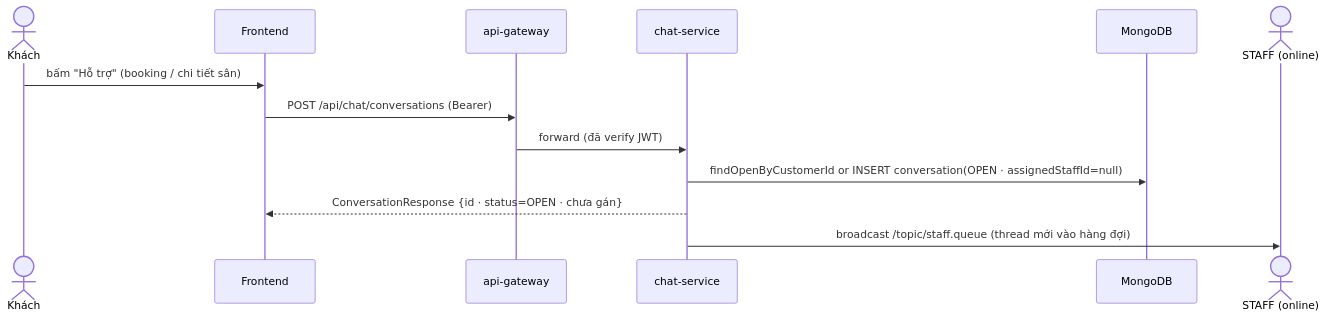
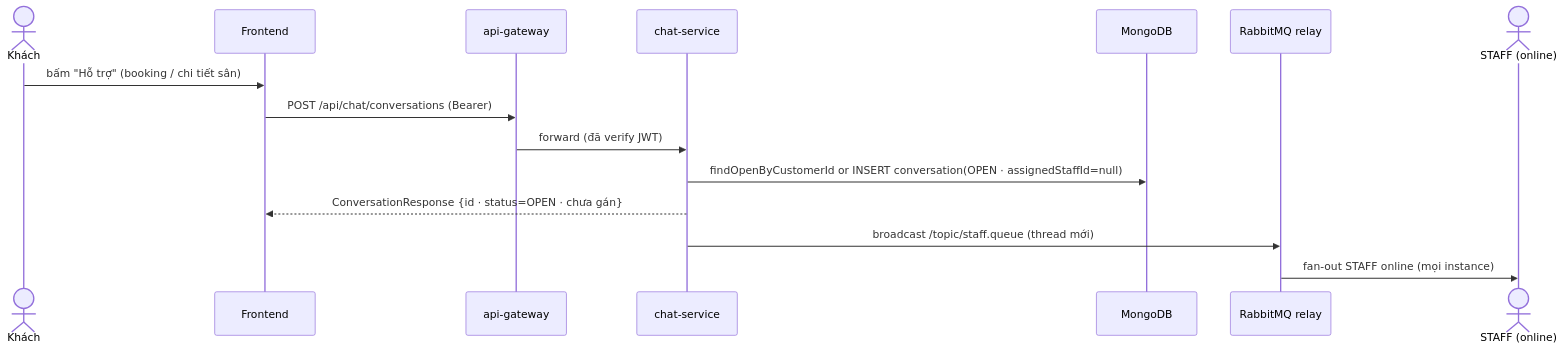
The second of 6 diagrams in UC_Chatting.md (phucgigital03/BadmintonHub), drawn with Mermaid before and after one commit. The commit also changed other lines of this file and 1 other file, not shown here.

````diff
--- a/UC_Chatting.md
+++ b/UC_Chatting.md
@@ -181,16 +140,18 @@
 ```mermaid
 sequenceDiagram
     actor C as Khách
     participant FE as Frontend
     participant GW as api-gateway
     participant CH as chat-service
     participant DB as MongoDB
+    participant MQ as RabbitMQ relay
     actor S as STAFF (online)
 
     C->>FE: bấm "Hỗ trợ" (booking / chi tiết sân)
     FE->>GW: POST /api/chat/conversations (Bearer)
     GW->>CH: forward (đã verify JWT)
     CH->>DB: findOpenByCustomerId or INSERT conversation(OPEN · assignedStaffId=null)
     CH-->>FE: ConversationResponse {id · status=OPEN · chưa gán}
-    CH->>S: broadcast /topic/staff.queue (thread mới vào hàng đợi)
+    CH->>MQ: broadcast /topic/staff.queue (thread mới)
+    MQ->>S: fan-out STAFF online (mọi instance)
 ```
````
